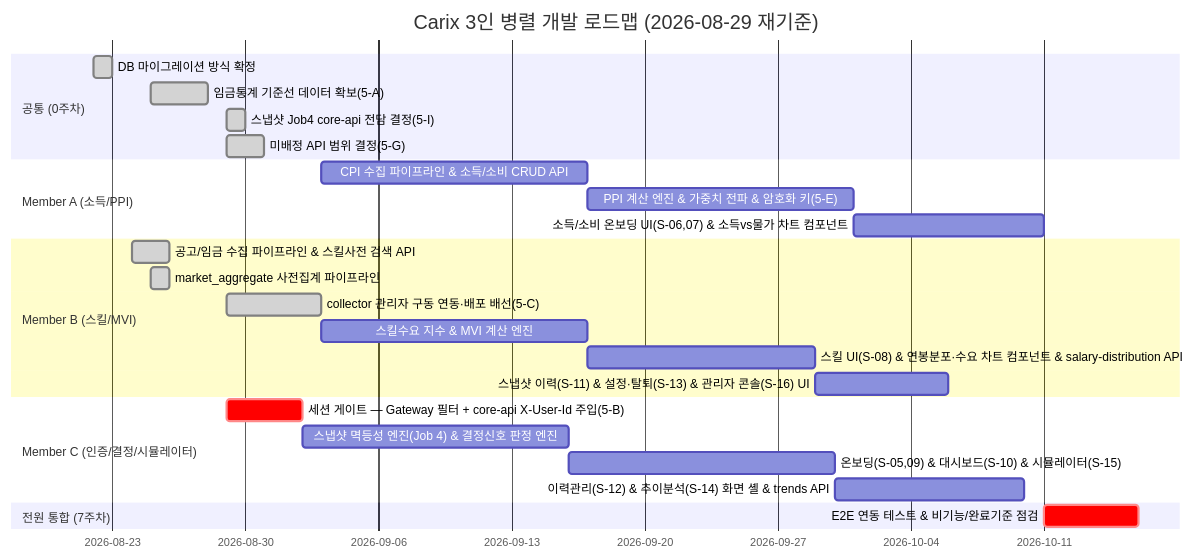
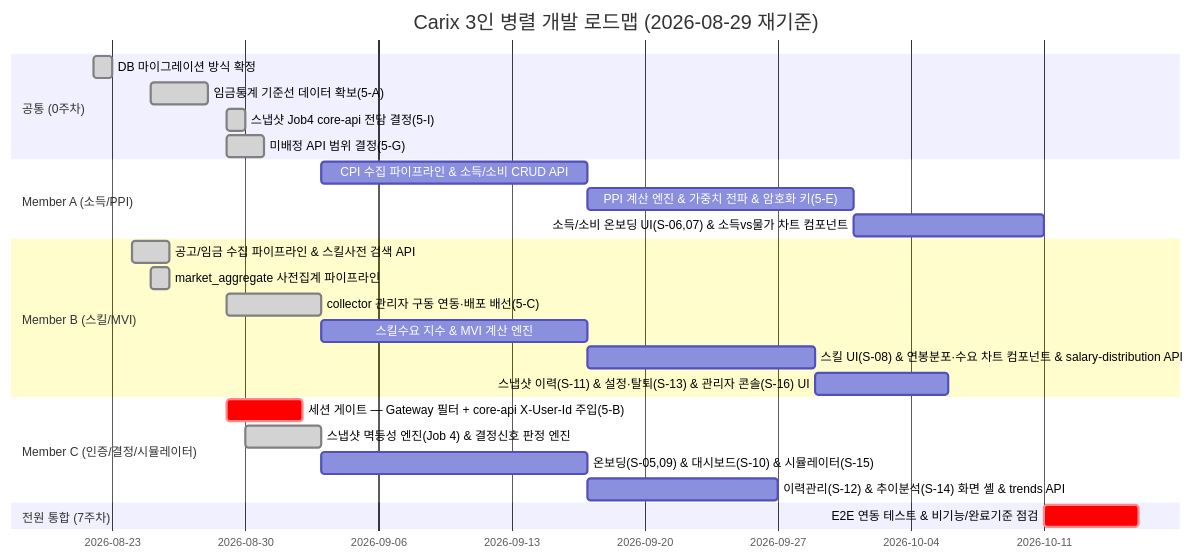
The first of 2 diagrams in docs/plans/carix-dev-plan.md (SeoHyeokGyu/Carix), drawn with Mermaid before and after one commit. The commit also changed other lines of this file, not shown here.

````diff
--- a/docs/plans/carix-dev-plan.md
+++ b/docs/plans/carix-dev-plan.md
@@ -116,28 +116,28 @@
 ```mermaid
 gantt
     title Carix 3인 병렬 개발 로드맵 (2026-08-29 재기준)
     dateFormat  YYYY-MM-DD
     section 공통 (0주차)
     DB 마이그레이션 방식 확정 :done, c0a, 2026-08-22, 1d
     임금통계 기준선 데이터 확보(5-A) :done, a0, 2026-08-25, 3d
     스냅샷 Job4 core-api 전담 결정(5-I) :done, i0, 2026-08-29, 1d
     미배정 API 범위 결정(5-G) :done, c0, 2026-08-29, 2d
     section Member A (소득/PPI)
     CPI 수집 파이프라인 & 소득/소비 CRUD API :a1, after b0, 14d
     PPI 계산 엔진 & 가중치 전파 & 암호화 키(5-E) :a2, after a1, 14d
     소득/소비 온보딩 UI(S-06,07) & 소득vs물가 차트 컴포넌트 :a3, after a2, 10d
     section Member B (스킬/MVI)
     공고/임금 수집 파이프라인 & 스킬사전 검색 API :done, b1, 2026-08-24, 2d
     market_aggregate 사전집계 파이프라인 :done, b2a, 2026-08-25, 1d
     collector 관리자 구동 연동·배포 배선(5-C) :done, b0, 2026-08-29, 5d
     스킬수요 지수 & MVI 계산 엔진 :b2, after b0, 14d
     스킬 UI(S-08) & 연봉분포·수요 차트 컴포넌트 & salary-distribution API :b3, after b2, 12d
     스냅샷 이력(S-11) & 설정·탈퇴(S-13) & 관리자 콘솔(S-16) UI :b4, after b3, 7d
     section Member C (인증/결정/시뮬레이터)
     세션 게이트 — Gateway 필터 + core-api X-User-Id 주입(5-B) :crit, c0b, 2026-08-29, 4d
-    스냅샷 멱등성 엔진(Job 4) & 결정신호 판정 엔진 :c2, after c0b, 14d
+    스냅샷 멱등성 엔진(Job 4) & 결정신호 판정 엔진 :done, c2, 2026-08-30, 4d
     온보딩(S-05,09) & 대시보드(S-10) & 시뮬레이터(S-15) :c3, after c2, 14d
     이력관리(S-12) & 추이분석(S-14) 화면 셸 & trends API :c4, after c3, 10d
     section 전원 통합 (7주차)
     E2E 연동 테스트 & 비기능/완료기준 점검 :crit, e2e, after a3 b4 c4, 5d
 ```
````
